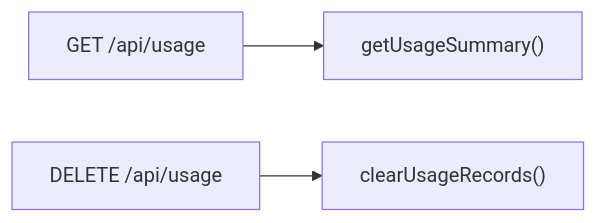
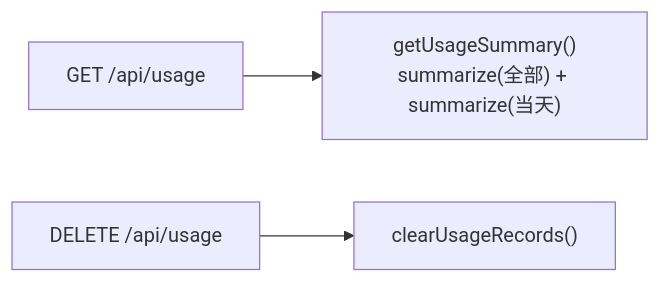
One commit to alminchen/study-agent changed the fourth of 4 diagrams in step1-chat/server/usage/README.md. Above: the diagram before and after it, drawn with Mermaid. The commit also changed other lines of this file and 47 other files, not shown here.

````diff
--- a/step1-chat/server/usage/README.md
+++ b/step1-chat/server/usage/README.md
@@ -123,5 +135,5 @@
 ```mermaid
 flowchart LR
-  GET["GET /api/usage"] --> SUM["getUsageSummary()"]
+  GET["GET /api/usage"] --> SUM["getUsageSummary()<br/>summarize(全部) + summarize(当天)"]
   DEL["DELETE /api/usage"] --> CLR["clearUsageRecords()"]
 ```
````
